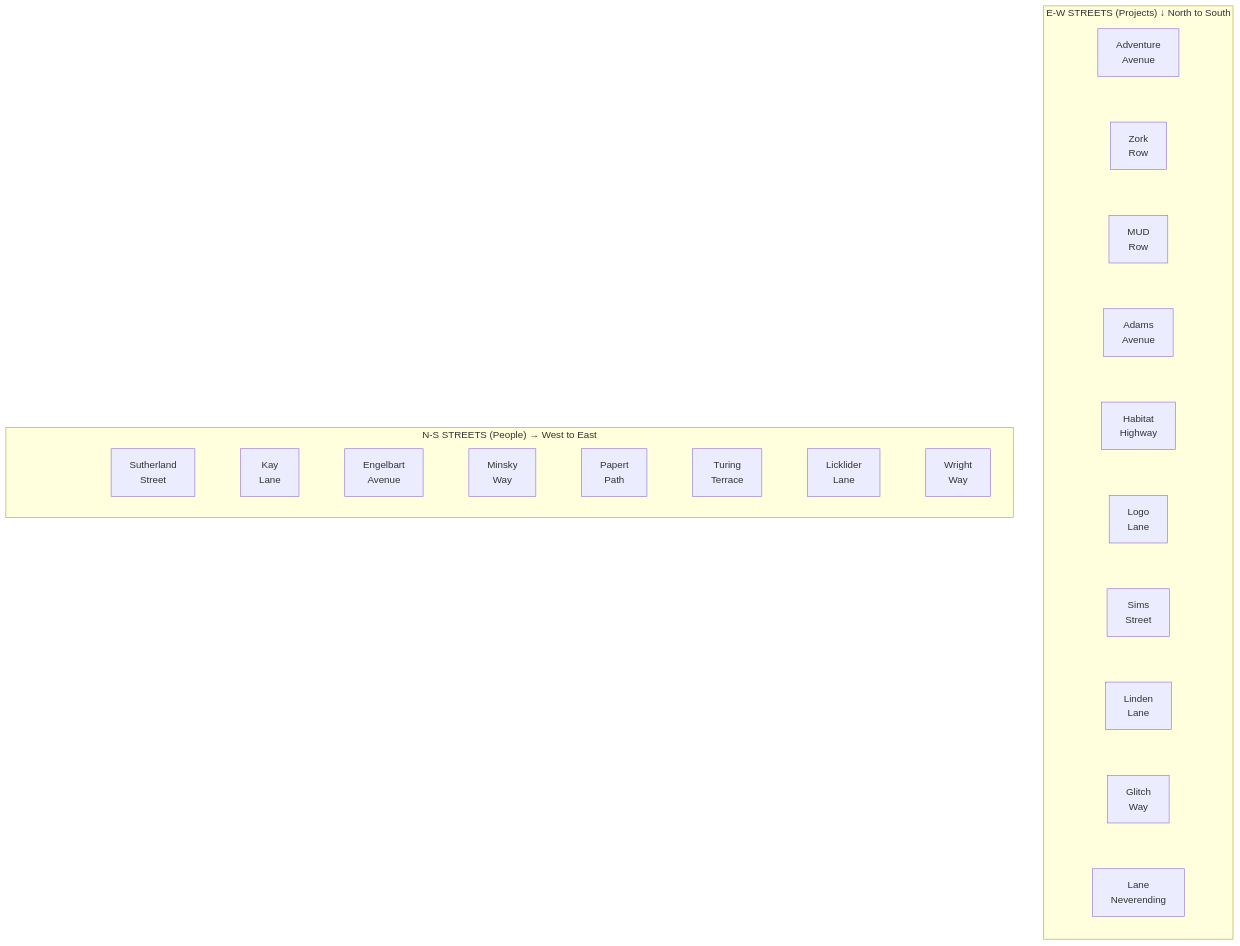
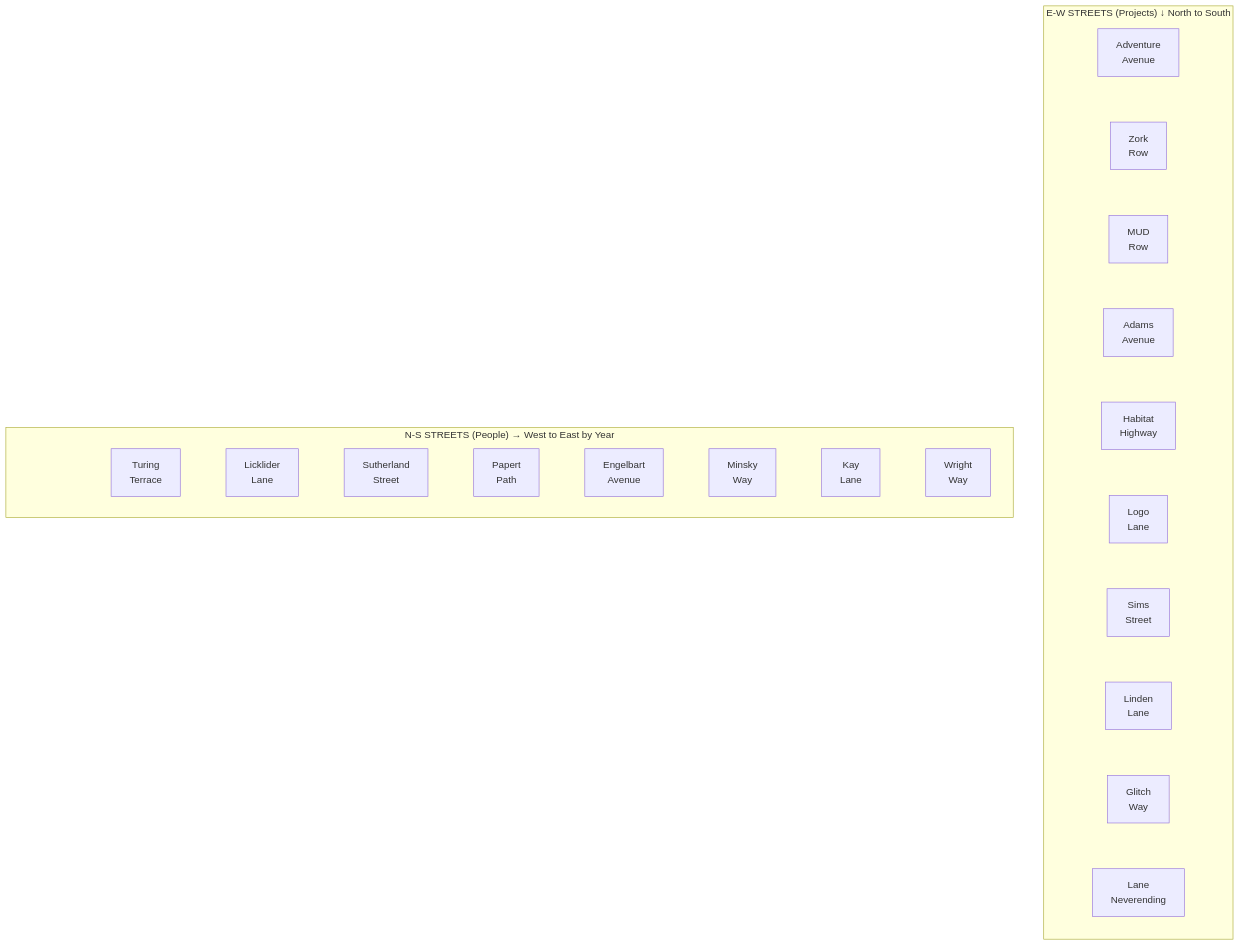
The diagram in examples/adventure-4/street/README.md (SimHacker/moollm), drawn with Mermaid before and after one commit. The commit also changed other lines of this file, not shown here.

First line of the commit message:
Sort N-S pioneer streets by year of influence

````diff
--- a/examples/adventure-4/street/README.md
+++ b/examples/adventure-4/street/README.md
@@ -11,30 +11,30 @@
 ```mermaid
 flowchart TB
     subgraph EW["E-W STREETS (Projects) ↓ North to South"]
         direction TB
         Adv["Adventure<br>Avenue"] ~~~ Zork["Zork<br>Row"]
         Zork ~~~ MUD["MUD<br>Row"]
         MUD ~~~ Adams["Adams<br>Avenue"]
         Adams ~~~ Hab["Habitat<br>Highway"]
         Hab ~~~ Logo["Logo<br>Lane"]
         Logo ~~~ Sims["Sims<br>Street"]
         Sims ~~~ Linden["Linden<br>Lane"]
         Linden ~~~ Glitch["Glitch<br>Way"]
         Glitch ~~~ Lane["Lane<br>Neverending"]
     end
     
-    subgraph NS["N-S STREETS (People) → West to East"]
+    subgraph NS["N-S STREETS (People) → West to East by Year"]
         direction LR
         space2[" "]
-        space2 ~~~ Suth["Sutherland<br>Street"]
-        Suth ~~~ Kay["Kay<br>Lane"]
-        Kay ~~~ Eng["Engelbart<br>Avenue"]
+        space2 ~~~ Tur["Turing<br>Terrace"]
+        Tur ~~~ Lic["Licklider<br>Lane"]
+        Lic ~~~ Suth["Sutherland<br>Street"]
+        Suth ~~~ Pap["Papert<br>Path"]
+        Pap ~~~ Eng["Engelbart<br>Avenue"]
         Eng ~~~ Min["Minsky<br>Way"]
-        Min ~~~ Pap["Papert<br>Path"]
-        Pap ~~~ Tur["Turing<br>Terrace"]
-        Tur ~~~ Lic["Licklider<br>Lane"]
-        Lic ~~~ Wri["Wright<br>Way"]
+        Min ~~~ Kay["Kay<br>Lane"]
+        Kay ~~~ Wri["Wright<br>Way"]
     end
     
     style space2 fill:none,stroke:none
 ```
````
